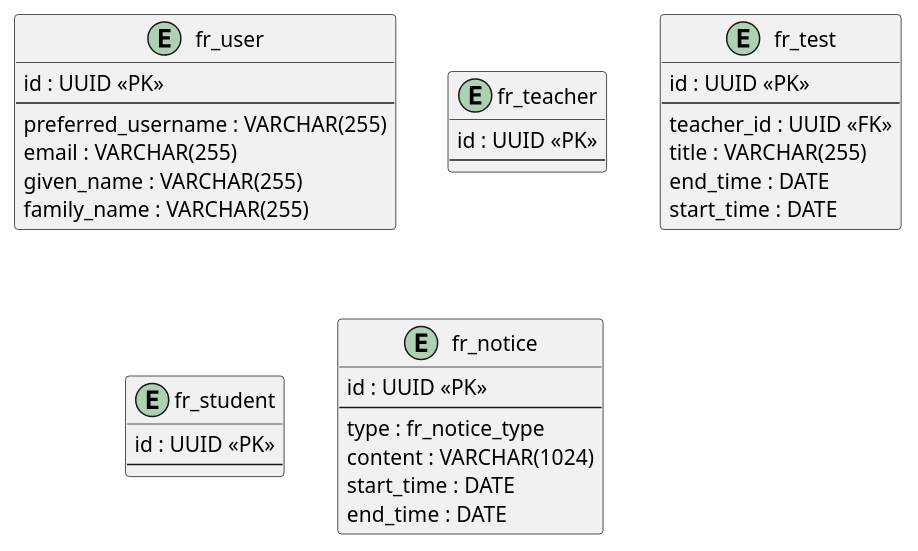
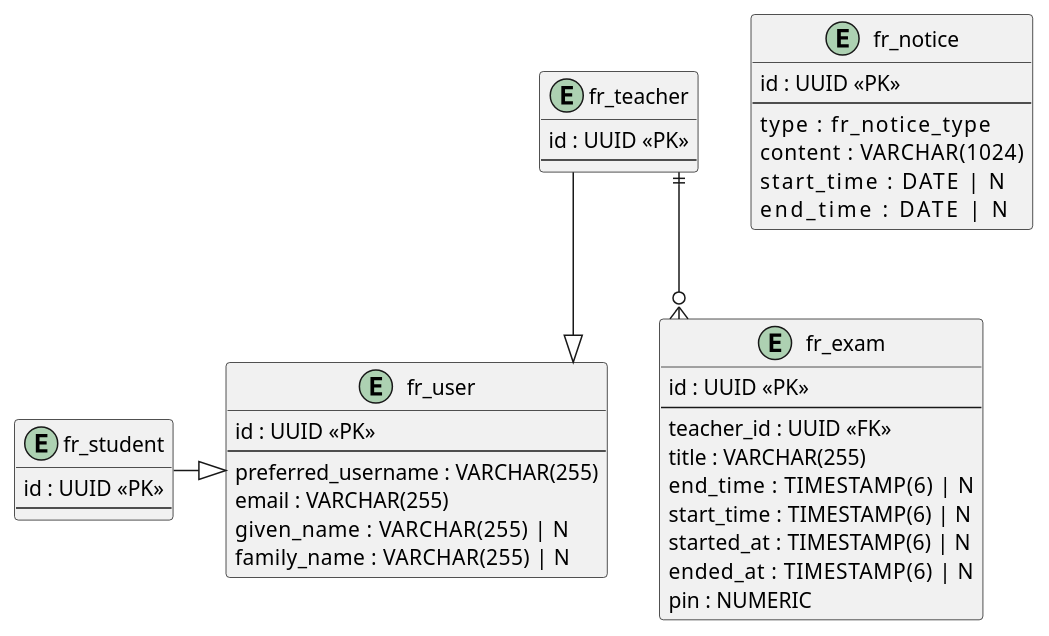
The diagram in hugo/content/docs/explanation/server-logistics/schema.puml (2526-4ahitm-itp/2526-4ahitm-franklyn), drawn with PlantUML before and after one commit.

Commit message:
docs: update and revise ERD according to changes

```diff
--- a/hugo/content/docs/explanation/server-logistics/schema.puml
+++ b/hugo/content/docs/explanation/server-logistics/schema.puml
@@ -1,41 +1,48 @@
 @startuml
 
 ' Styling to make the diagram cleaner
 skinparam classAttributeIconSize 0
 skinparam linetype ortho
 
 entity fr_user {
      id : UUID <<PK>>
      --
      preferred_username : VARCHAR(255)
      email : VARCHAR(255)
-     given_name : VARCHAR(255)
-     family_name : VARCHAR(255)
+     given_name : VARCHAR(255)   |  N
+     family_name : VARCHAR(255)  |  N
 }
 entity fr_teacher {
     id : UUID <<PK>>
     --
 }
-entity fr_test {
+entity fr_exam {
     id : UUID <<PK>>
     --
     teacher_id : UUID <<FK>>
     title : VARCHAR(255)
-    end_time : DATE
-    start_time : DATE
+    end_time : TIMESTAMP(6)   |  N
+    start_time : TIMESTAMP(6) |  N
+    started_at : TIMESTAMP(6) |  N
+    ended_at : TIMESTAMP(6)   |  N
+    pin : NUMERIC
 }
 entity fr_student {
     id : UUID <<PK>>
     --
 }
 entity fr_notice {
     id : UUID <<PK>>
     --
-    type : fr_notice_type
-    content : VARCHAR(1024)
-    start_time : DATE
-    end_time : DATE
+    type       : fr_notice_type
+    content    : VARCHAR(1024)
+    start_time : DATE       |  N
+    end_time   : DATE       |  N
 }
+
+fr_teacher ||--o{ fr_exam
+fr_student -|> fr_user
+fr_teacher --|> fr_user
 
 
 @enduml
```
